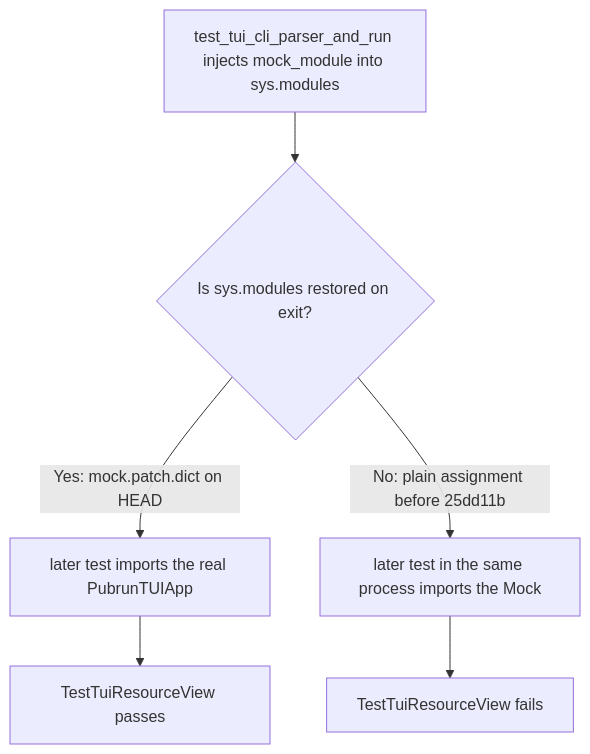
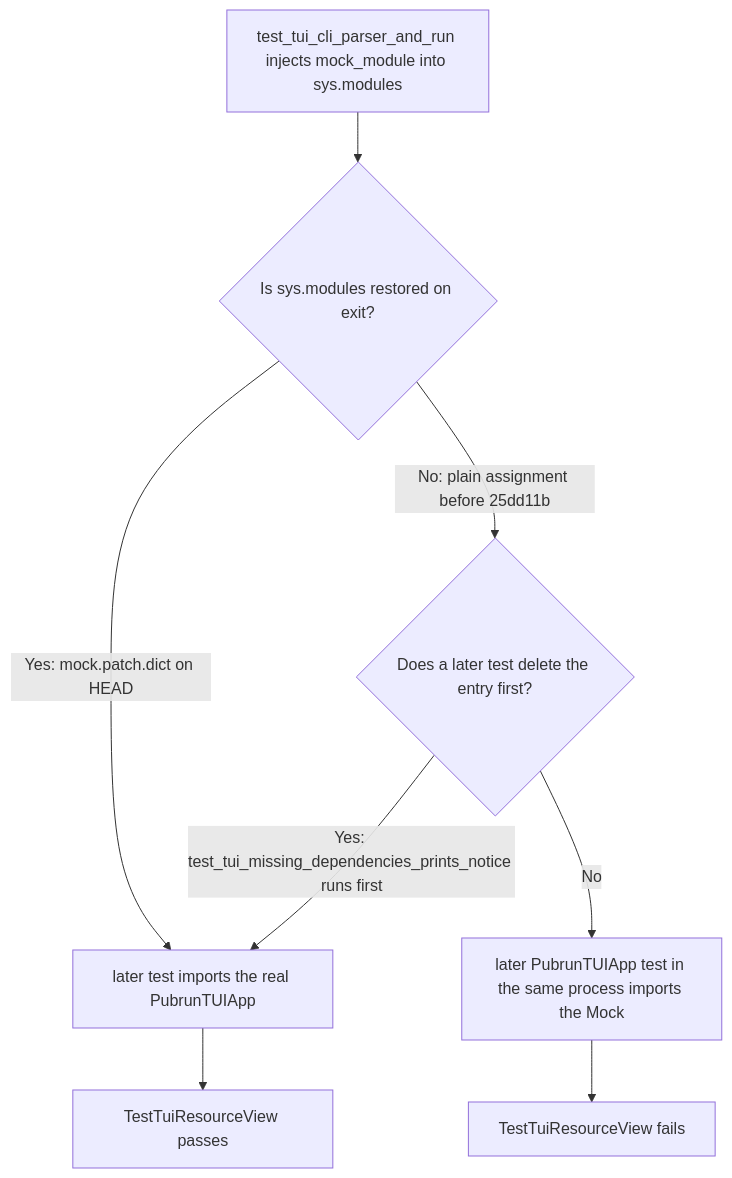
The diagram in .aw/records/plans/pending/20261122-pgcmea-01-whacr3-confirm-the-pubrun-tui-app-sys-modules-restore-and-add-a-reg.ipd.md (fariello/pubrun), drawn with Mermaid before and after one commit. The commit also changed other lines of this file and 1 other file, not shown here.

````diff
--- a/.aw/records/plans/pending/20261122-pgcmea-01-whacr3-confirm-the-pubrun-tui-app-sys-modules-restore-and-add-a-reg.ipd.md
+++ b/.aw/records/plans/pending/20261122-pgcmea-01-whacr3-confirm-the-pubrun-tui-app-sys-modules-restore-and-add-a-reg.ipd.md
@@ -66,8 +69,10 @@
 ```mermaid
 flowchart TD
     A[test_tui_cli_parser_and_run injects mock_module into sys.modules] --> B{Is sys.modules restored on exit?}
     B -->|Yes: mock.patch.dict on HEAD| C[later test imports the real PubrunTUIApp]
     C --> D[TestTuiResourceView passes]
-    B -->|No: plain assignment before 25dd11b| E[later test in the same process imports the Mock]
+    B -->|No: plain assignment before 25dd11b| G{Does a later test delete the entry first?}
+    G -->|Yes: test_tui_missing_dependencies_prints_notice runs first| C
+    G -->|No| E[later PubrunTUIApp test in the same process imports the Mock]
     E --> F[TestTuiResourceView fails]
 ```
````
